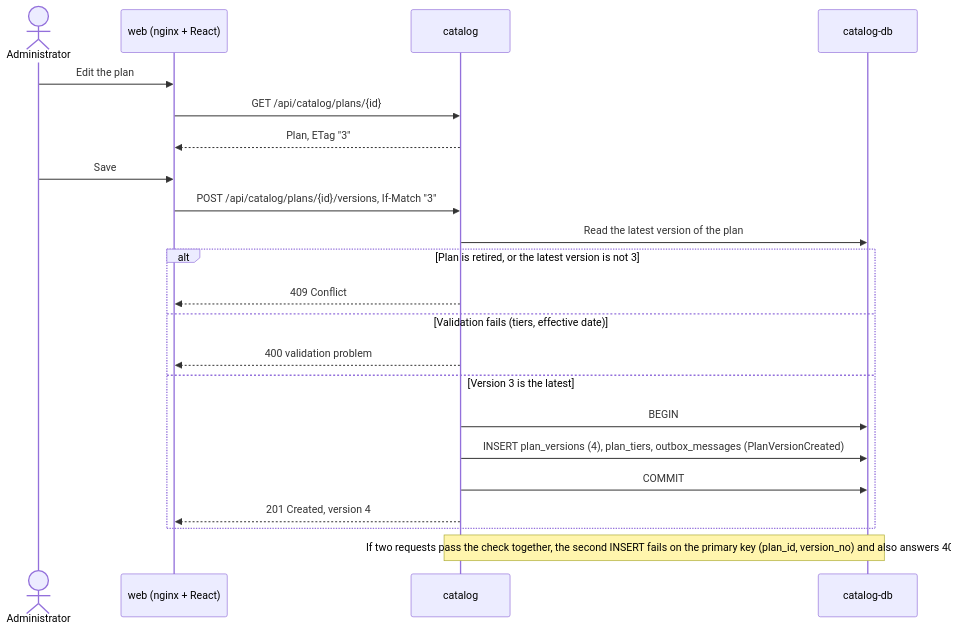
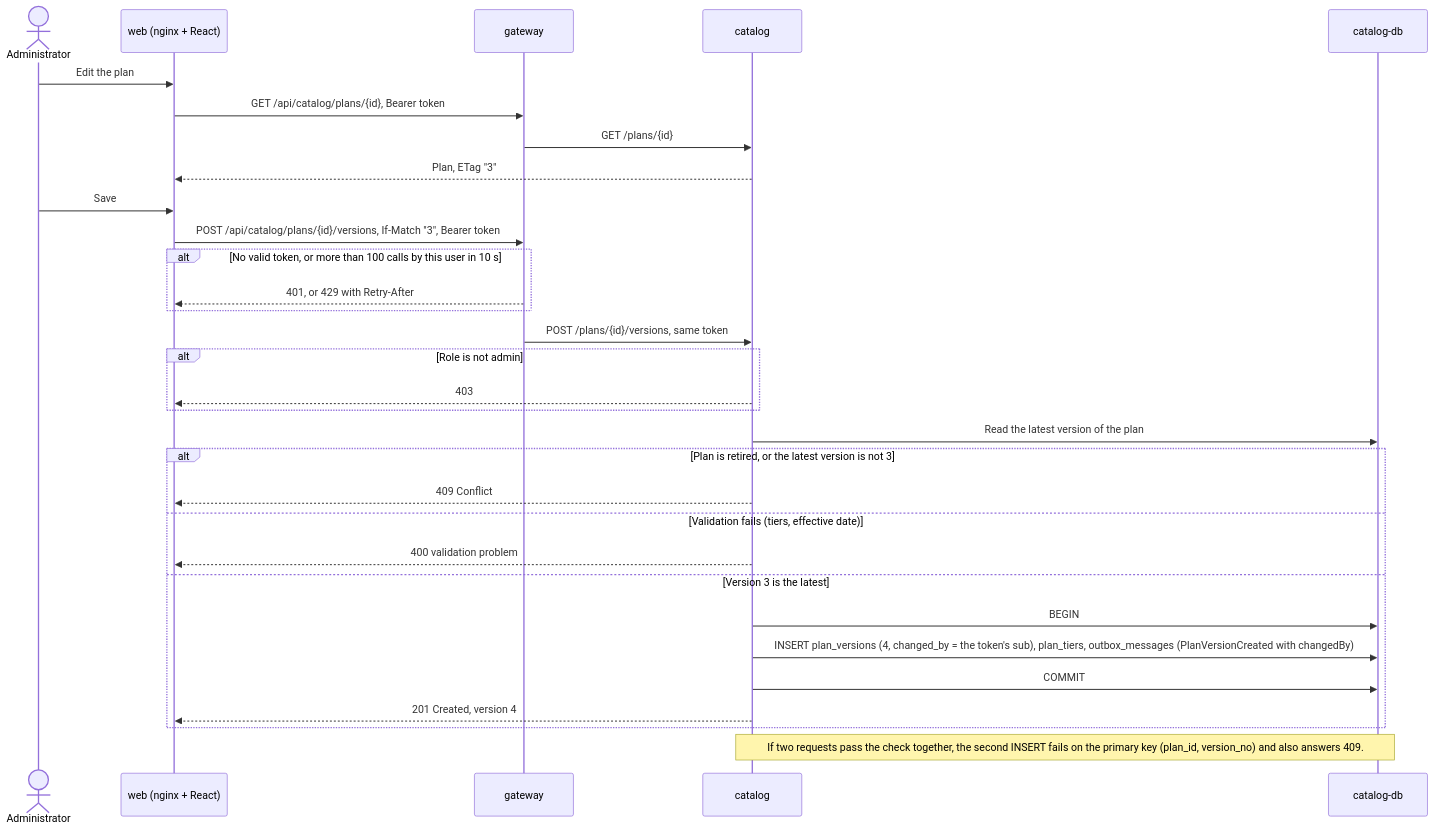
One commit to bratsale/gridwise changed the fourth of 10 diagrams in docs/architecture/flows.md. Above: the diagram before and after it, drawn with Mermaid. The commit also changed other lines of this file and 1 other file, not shown here.

Commit message:
docs: update data model and flows for identity, gateway and replay

````diff
--- a/docs/architecture/flows.md
+++ b/docs/architecture/flows.md
@@ -93,25 +115,34 @@
 ```mermaid
 sequenceDiagram
     actor A as Administrator
     participant W as web (nginx + React)
+    participant G as gateway
     participant CAT as catalog
     participant DB as catalog-db
 
     A->>W: Edit the plan
-    W->>CAT: GET /api/catalog/plans/{id}
+    W->>G: GET /api/catalog/plans/{id}, Bearer token
+    G->>CAT: GET /plans/{id}
     CAT-->>W: Plan, ETag "3"
     A->>W: Save
-    W->>CAT: POST /api/catalog/plans/{id}/versions, If-Match "3"
+    W->>G: POST /api/catalog/plans/{id}/versions, If-Match "3", Bearer token
+    alt No valid token, or more than 100 calls by this user in 10 s
+        G-->>W: 401, or 429 with Retry-After
+    end
+    G->>CAT: POST /plans/{id}/versions, same token
+    alt Role is not admin
+        CAT-->>W: 403
+    end
     CAT->>DB: Read the latest version of the plan
     alt Plan is retired, or the latest version is not 3
         CAT-->>W: 409 Conflict
     else Validation fails (tiers, effective date)
         CAT-->>W: 400 validation problem
     else Version 3 is the latest
         CAT->>DB: BEGIN
-        CAT->>DB: INSERT plan_versions (4), plan_tiers, outbox_messages (PlanVersionCreated)
+        CAT->>DB: INSERT plan_versions (4, changed_by = the token's sub), plan_tiers, outbox_messages (PlanVersionCreated with changedBy)
         CAT->>DB: COMMIT
         CAT-->>W: 201 Created, version 4
     end
     Note over CAT,DB: If two requests pass the check together, the second INSERT fails on the primary key (plan_id, version_no) and also answers 409.
 ```
````
